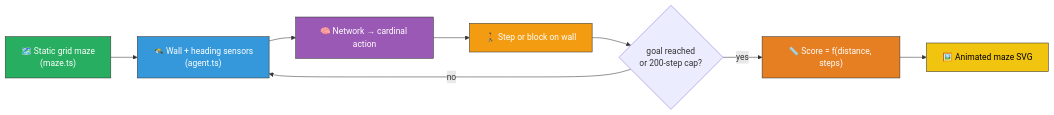
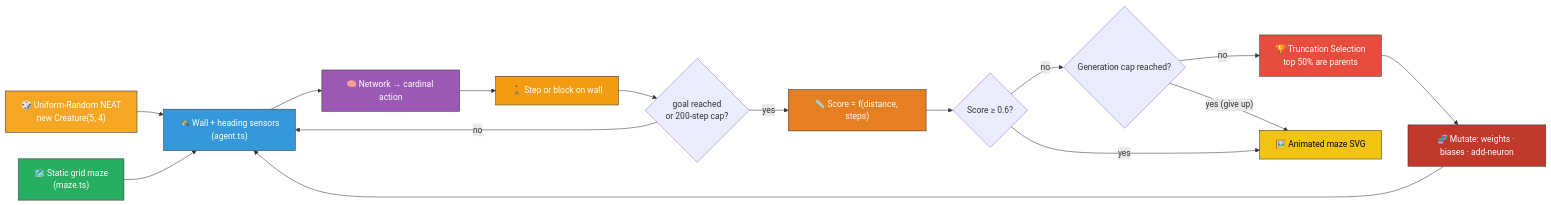
One commit to stSoftwareAU/NEAT-AI-Examples changed the diagram in maze_navigation/README.md. Above: the diagram before and after it, drawn with Mermaid. The commit also changed other lines of this file and 8 other files, not shown here.

First line of the commit message:
maze_navigation: evolve from uniform-random NEAT noise (#155)

````diff
--- a/maze_navigation/README.md
+++ b/maze_navigation/README.md
@@ -16,21 +18,35 @@
 ```mermaid
 flowchart LR
     MAZE["🗺️ Static grid maze<br/>(maze.ts)"]
+    INIT["🎲 Uniform-Random NEAT<br/>new Creature(5, 4)"]
     SENSE["🛰️ Wall + heading sensors<br/>(agent.ts)"]
     POLICY["🧠 Network → cardinal action"]
     STEP["🚶 Step or block on wall"]
     DONE{"goal reached<br/>or 200-step cap?"}
     SCORE["📏 Score = f(distance, steps)"]
+    SELECT["🏆 Truncation Selection<br/>top 50% are parents"]
+    MUTATE["🧬 Mutate: weights · biases · add-neuron"]
+    SOLVED{"Score ≥ 0.6?"}
+    CAP{"Generation cap reached?"}
     SVG["🖼️ Animated maze SVG"]
 
-    MAZE --> SENSE --> POLICY --> STEP --> DONE
+    INIT --> SENSE
+    MAZE --> SENSE
+    SENSE --> POLICY --> STEP --> DONE
     DONE -- no --> SENSE
-    DONE -- yes --> SCORE --> SVG
+    DONE -- yes --> SCORE --> SOLVED
+    SOLVED -- no --> CAP
+    CAP -- no --> SELECT --> MUTATE --> SENSE
+    SOLVED -- yes --> SVG
+    CAP -- yes (give up) --> SVG
 
     style MAZE fill:#27ae60,stroke:#333,color:#fff
+    style INIT fill:#f5a623,stroke:#333,color:#fff
     style SENSE fill:#3498db,stroke:#333,color:#fff
     style POLICY fill:#9b59b6,stroke:#333,color:#fff
     style STEP fill:#f39c12,stroke:#333,color:#fff
     style SCORE fill:#e67e22,stroke:#333,color:#fff
+    style SELECT fill:#e74c3c,stroke:#333,color:#fff
+    style MUTATE fill:#c0392b,stroke:#333,color:#fff
     style SVG fill:#f1c40f,stroke:#333,color:#000
 ```
````
